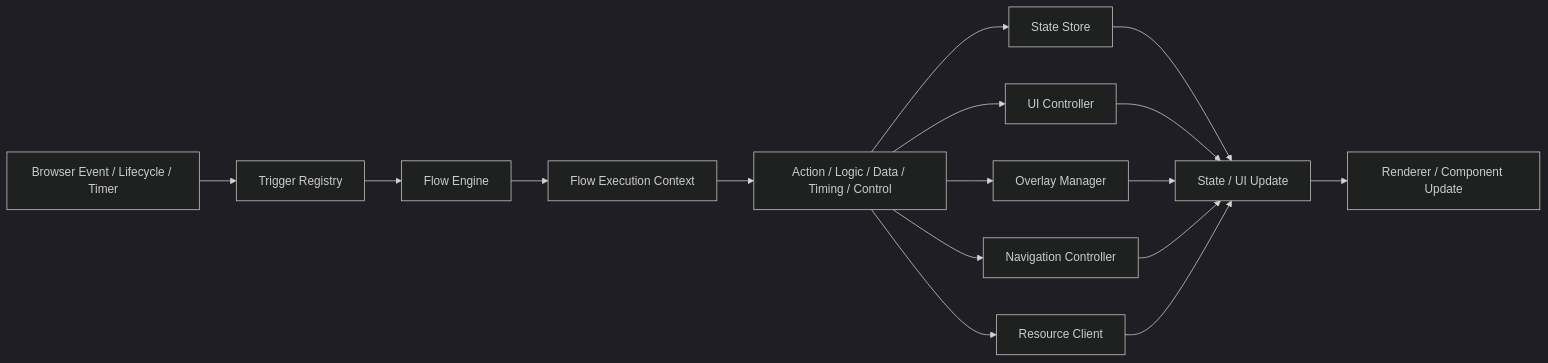
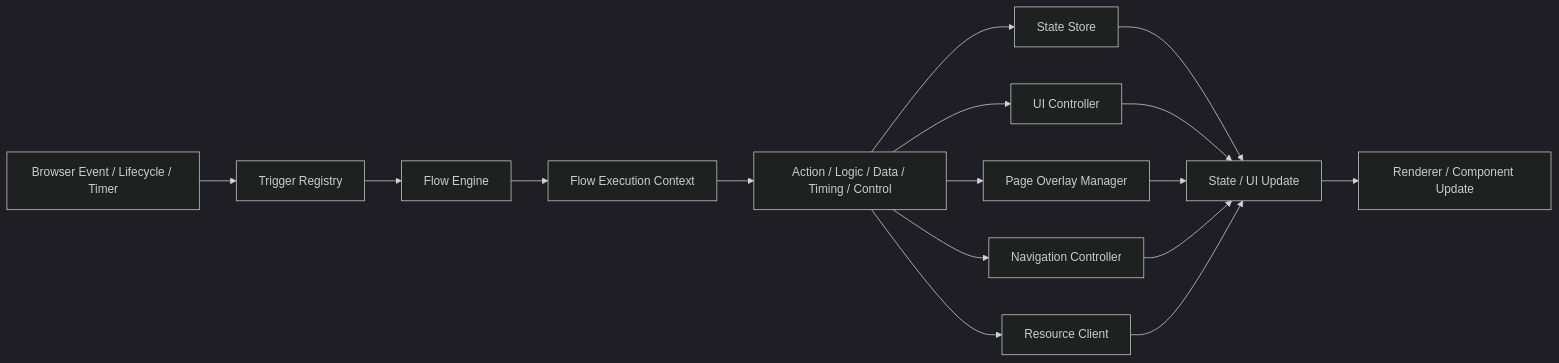
One commit to northwest-hcu/FlagShip changed the seventh of 8 diagrams in docs/architecture/02-core-principles.md. Above: the diagram before and after it, drawn with Mermaid (dark theme). The commit also changed other lines of this file and 11 other files, not shown here.

Commit message:
docs: align architecture with component ownership model

````diff
--- a/docs/architecture/02-core-principles.md
+++ b/docs/architecture/02-core-principles.md
@@ -862,18 +825,18 @@
 ```mermaid
 flowchart LR
     Source["Browser Event / Lifecycle / Timer"] --> Trigger["Trigger Registry"]
     Trigger --> Engine["Flow Engine"]
     Engine --> Context["Flow Execution Context"]
     Context --> Dispatch["Action / Logic / Data / Timing / Control"]
     Dispatch --> State["State Store"]
     Dispatch --> Resource["Resource Client"]
     Dispatch --> UI["UI Controller"]
-    Dispatch --> Overlay["Overlay Manager"]
+    Dispatch --> Overlay["Page Overlay Manager"]
     Dispatch --> Navigation["Navigation Controller"]
     State --> Update["State / UI Update"]
     UI --> Update
     Overlay --> Update
     Navigation --> Update
     Resource --> Update
     Update --> Render["Renderer / Component Update"]
 ```
````
